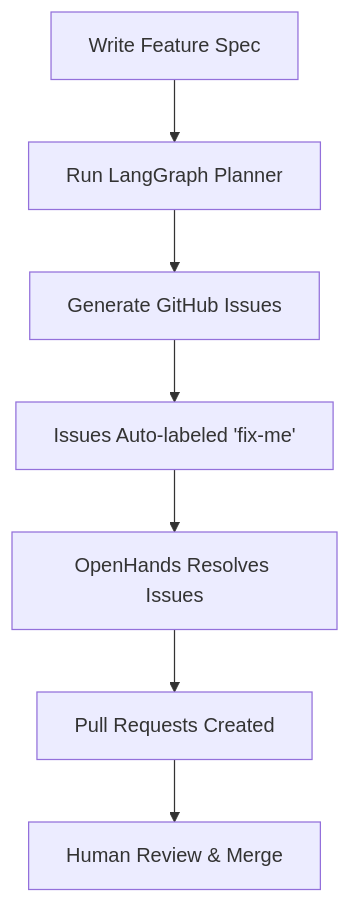
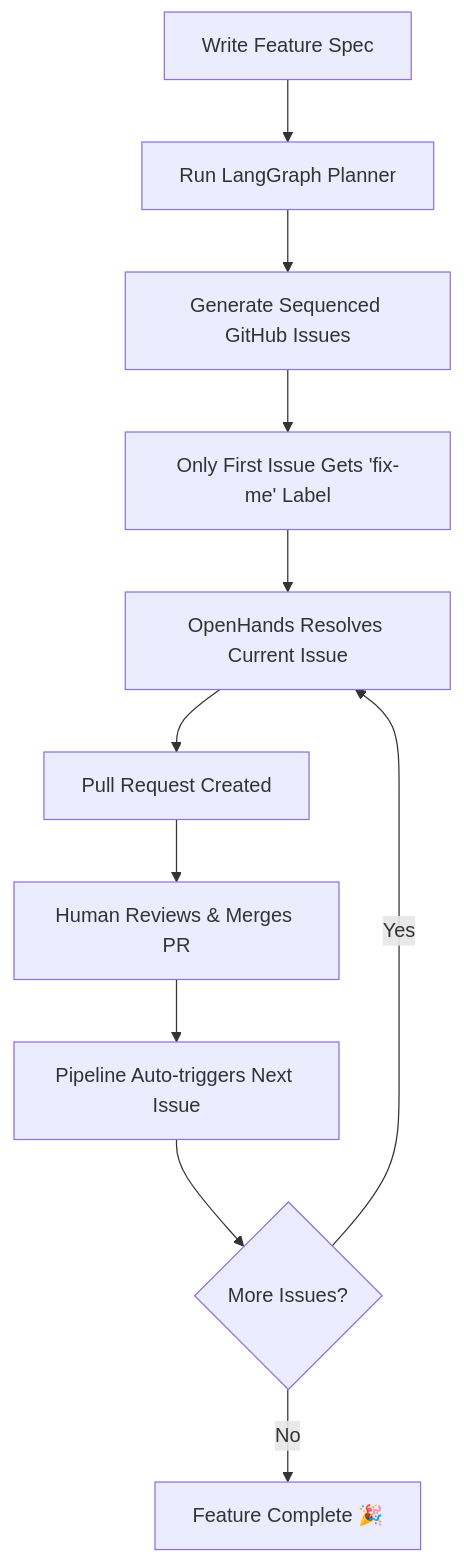
One commit to chrisjohnson40/background-agent-test changed the first of 2 diagrams in README.md. Above: the diagram before and after it, drawn with Mermaid. The commit also changed other lines of this file and 3 other files, not shown here.

First line of the commit message:
Implements sequential issue pipeline

````diff
--- a/README.md
+++ b/README.md
@@ -254,9 +257,13 @@
 ```mermaid
 graph TD
     A[Write Feature Spec] --> B[Run LangGraph Planner]
-    B --> C[Generate GitHub Issues]
-    C --> D[Issues Auto-labeled 'fix-me']
-    D --> E[OpenHands Resolves Issues]
-    E --> F[Pull Requests Created]
-    F --> G[Human Review & Merge]
+    B --> C[Generate Sequenced GitHub Issues]
+    C --> D[Only First Issue Gets 'fix-me' Label]
+    D --> E[OpenHands Resolves Current Issue]
+    E --> F[Pull Request Created]
+    F --> G[Human Reviews & Merges PR]
+    G --> H[Pipeline Auto-triggers Next Issue]
+    H --> I{More Issues?}
+    I -->|Yes| E
+    I -->|No| J[Feature Complete 🎉]
 ```
````
